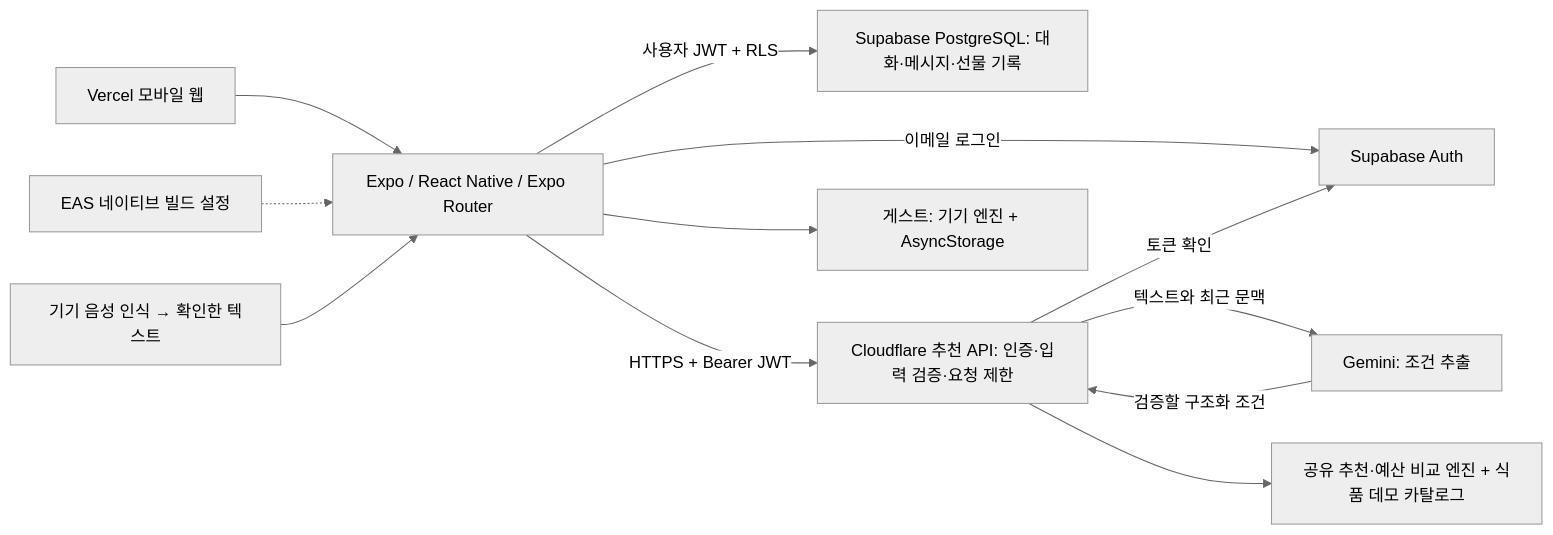
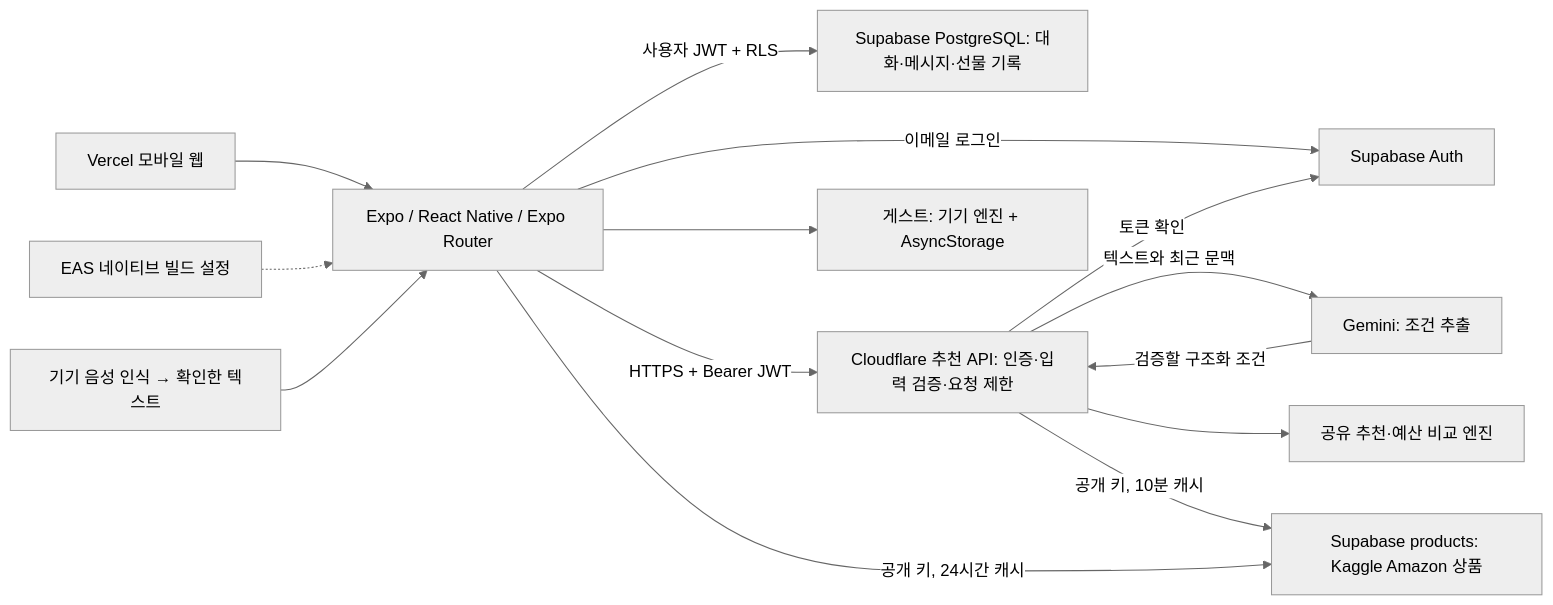
Before and after one commit to HanyangChan/PASS: the diagram in docs/architecture.md, drawn with Mermaid (neutral theme). The commit also changed other lines of this file and 5 other files, not shown here.

````diff
--- a/docs/architecture.md
+++ b/docs/architecture.md
@@ -9,14 +9,16 @@
 ```mermaid
 flowchart LR
   Web["Vercel 모바일 웹"] --> App["Expo / React Native / Expo Router"]
   EAS["EAS 네이티브 빌드 설정"] -.-> App
   Voice["기기 음성 인식 → 확인한 텍스트"] --> App
   App -->|이메일 로그인| Auth["Supabase Auth"]
   App -->|사용자 JWT + RLS| DB["Supabase PostgreSQL: 대화·메시지·선물 기록"]
   App -->|HTTPS + Bearer JWT| API["Cloudflare 추천 API: 인증·입력 검증·요청 제한"]
   API -->|토큰 확인| Auth
   API -->|텍스트와 최근 문맥| Gemini["Gemini: 조건 추출"]
   Gemini -->|검증할 구조화 조건| API
-  API --> Engine["공유 추천·예산 비교 엔진 + 식품 데모 카탈로그"]
+  API --> Engine["공유 추천·예산 비교 엔진"]
+  API -->|공개 키, 10분 캐시| Catalog["Supabase products: Kaggle Amazon 상품"]
+  App -->|공개 키, 24시간 캐시| Catalog
   App --> Guest["게스트: 기기 엔진 + AsyncStorage"]
 ```
````
